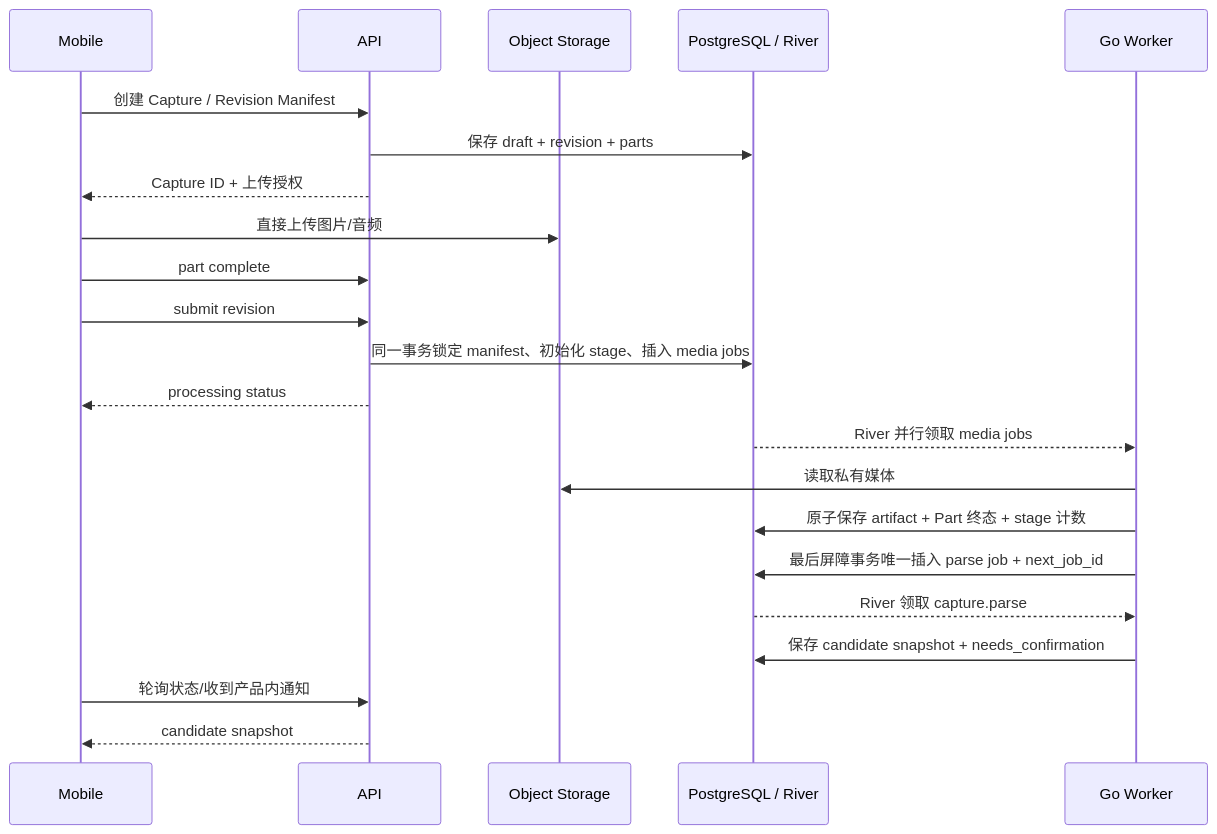
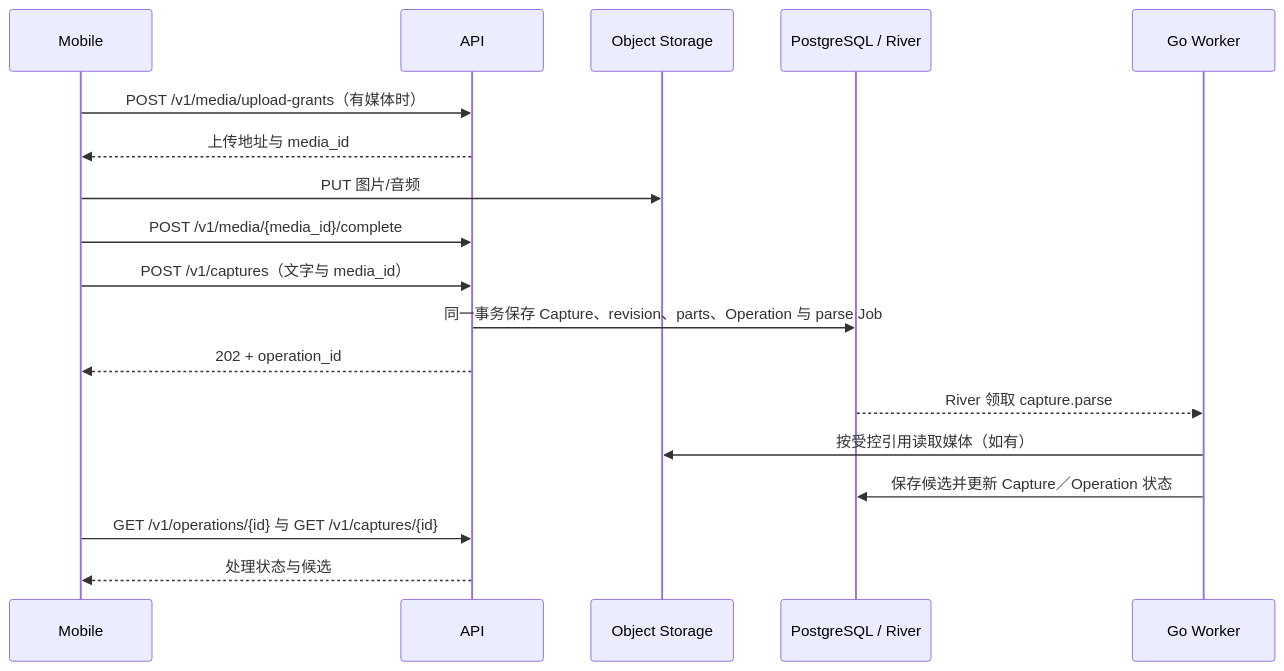
Before and after one commit to xiaoguo123456/steward: the sixth of 7 diagrams in docs/整体架构设计.md, drawn with Mermaid. The commit also changed other lines of this file and 20 other files, not shown here.

````diff
--- a/docs/整体架构设计.md
+++ b/docs/整体架构设计.md
@@ -2345,25 +2227,21 @@
 ```mermaid
 sequenceDiagram
     participant M as Mobile
     participant A as API
     participant S as Object Storage
     participant D as PostgreSQL / River
     participant W as Go Worker
 
-    M->>A: 创建 Capture / Revision Manifest
-    A->>D: 保存 draft + revision + parts
-    A-->>M: Capture ID + 上传授权
-    M->>S: 直接上传图片/音频
-    M->>A: part complete
-    M->>A: submit revision
-    A->>D: 同一事务锁定 manifest、初始化 stage、插入 media jobs
-    A-->>M: processing status
-    D-->>W: River 并行领取 media jobs
-    W->>S: 读取私有媒体
-    W->>D: 原子保存 artifact + Part 终态 + stage 计数
-    W->>D: 最后屏障事务唯一插入 parse job + next_job_id
+    M->>A: POST /v1/media/upload-grants（有媒体时）
+    A-->>M: 上传地址与 media_id
+    M->>S: PUT 图片/音频
+    M->>A: POST /v1/media/{media_id}/complete
+    M->>A: POST /v1/captures（文字与 media_id）
+    A->>D: 同一事务保存 Capture、revision、parts、Operation 与 parse Job
+    A-->>M: 202 + operation_id
     D-->>W: River 领取 capture.parse
-    W->>D: 保存 candidate snapshot + needs_confirmation
-    M->>A: 轮询状态/收到产品内通知
-    A-->>M: candidate snapshot
+    W->>S: 按受控引用读取媒体（如有）
+    W->>D: 保存候选并更新 Capture／Operation 状态
+    M->>A: GET /v1/operations/{id} 与 GET /v1/captures/{id}
+    A-->>M: 处理状态与候选
 ```
````
